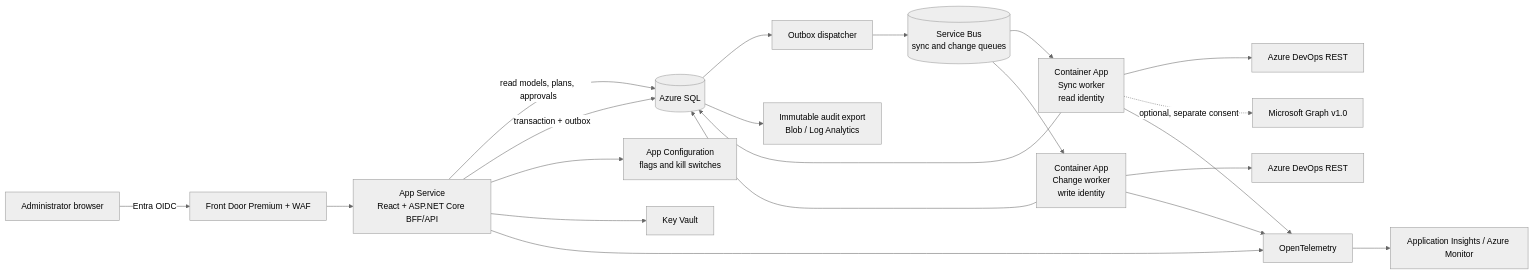
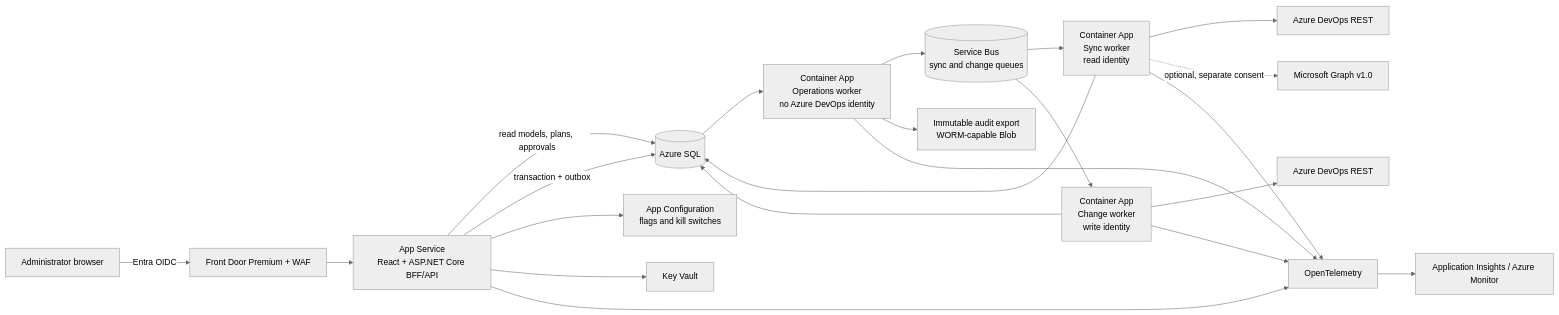
One commit to Funnybeer123/AdoPermissions changed the first of 2 diagrams in docs/ARCHITECTURE.md. Above: the diagram before and after it, drawn with Mermaid (neutral theme). The commit also changed other lines of this file and 18 other files, not shown here.

````diff
--- a/docs/ARCHITECTURE.md
+++ b/docs/ARCHITECTURE.md
@@ -46,27 +50,28 @@
 ```mermaid
 flowchart LR
     USER[Administrator browser] -->|Entra OIDC| EDGE[Front Door Premium + WAF]
     EDGE --> API[App Service<br/>React + ASP.NET Core BFF/API]
 
     API -->|read models, plans, approvals| SQL[(Azure SQL)]
     API -->|transaction + outbox| SQL
     API --> CFG[App Configuration<br/>flags and kill switches]
     API --> KV[Key Vault]
 
-    SQL --> DISP[Outbox dispatcher]
-    DISP --> BUS[(Service Bus<br/>sync and change queues)]
+    SQL --> OPS[Container App<br/>Operations worker<br/>no Azure DevOps identity]
+    OPS --> BUS[(Service Bus<br/>sync and change queues)]
     BUS --> SYNC[Container App<br/>Sync worker<br/>read identity]
     BUS --> CHANGE[Container App<br/>Change worker<br/>write identity]
 
     SYNC --> ADOREAD[Azure DevOps REST]
     CHANGE --> ADOWRITE[Azure DevOps REST]
     SYNC -. optional, separate consent .-> GRAPH[Microsoft Graph v1.0]
     SYNC --> SQL
     CHANGE --> SQL
 
-    SQL --> AUDIT[Immutable audit export<br/>Blob / Log Analytics]
+    OPS --> AUDIT[Immutable audit export<br/>WORM-capable Blob]
     API --> OTEL[OpenTelemetry]
+    OPS --> OTEL
     SYNC --> OTEL
     CHANGE --> OTEL
     OTEL --> MON[Application Insights / Azure Monitor]
 ```
````
